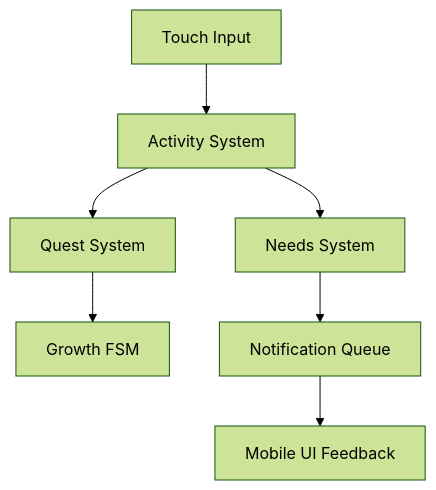
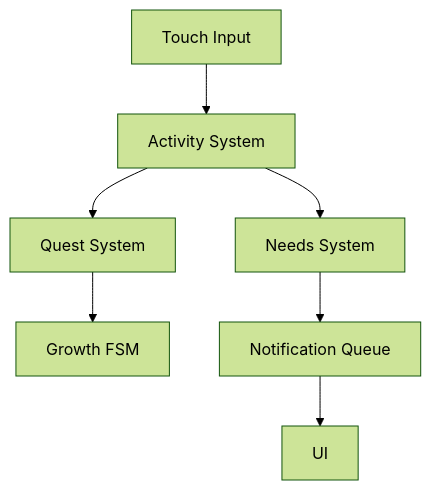
The diagram in README.md (DesireeNavarrete/ProjectJ40), drawn with Mermaid (forest theme) before and after one commit. The commit also changed other lines of this file, not shown here.

````diff
--- a/README.md
+++ b/README.md
@@ -49,17 +72,17 @@
 ```mermaid
 flowchart TD
-    PlayerInput[Touch Input]
-    ActivitySystem[Activity System]
-    NeedsSystem[Needs System]
-    QuestSystem[Quest System]
-    GrowthFSM[Growth FSM]
-    NotificationSystem[Notification Queue]
-    UI[Mobile UI Feedback]
+    Input[Touch Input]
+    Activity[Activity System]
+    Needs[Needs System]
+    Quest[Quest System]
+    FSM[Growth FSM]
+    Notify[Notification Queue]
+    UI[UI]
 
-    PlayerInput --> ActivitySystem
-    ActivitySystem --> NeedsSystem
-    ActivitySystem --> QuestSystem
-    QuestSystem --> GrowthFSM
-    NeedsSystem --> NotificationSystem
-    NotificationSystem --> UI
+    Input --> Activity
+    Activity --> Needs
+    Activity --> Quest
+    Quest --> FSM
+    Needs --> Notify
+    Notify --> UI
 ```
````
